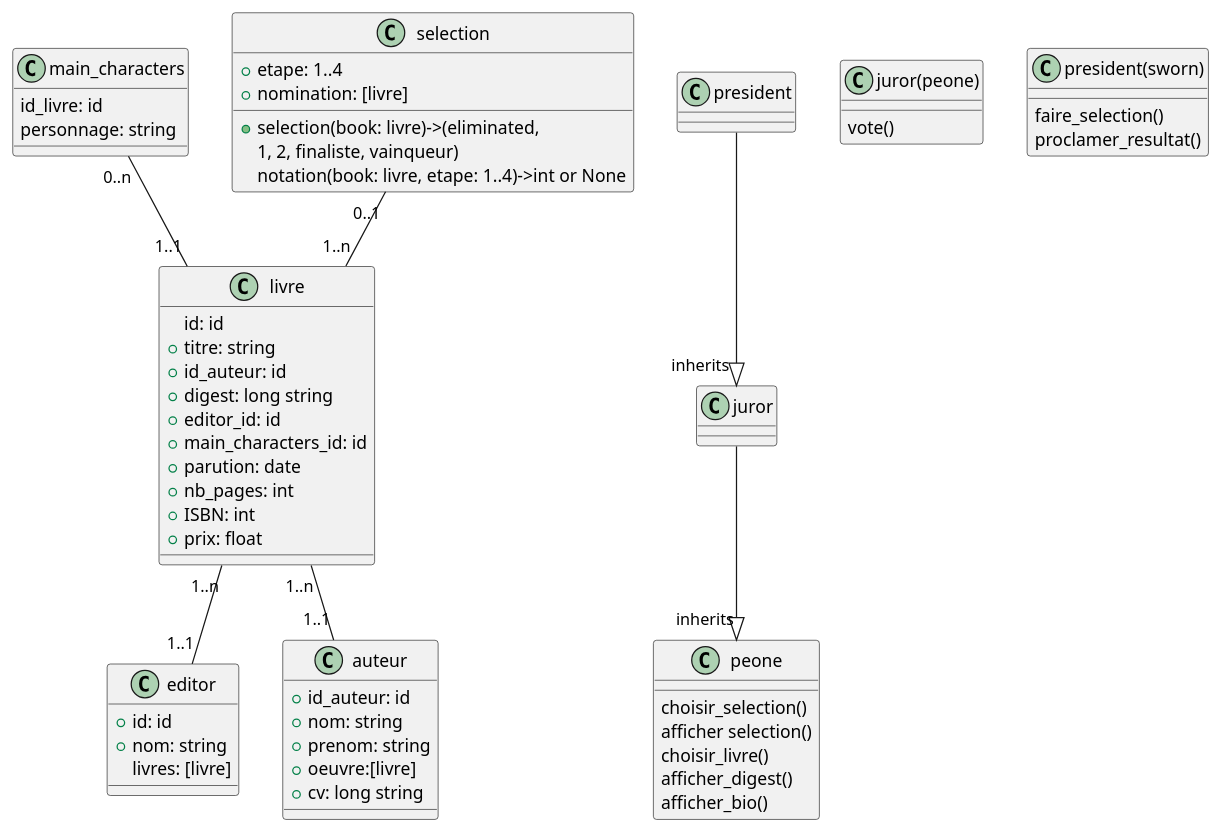
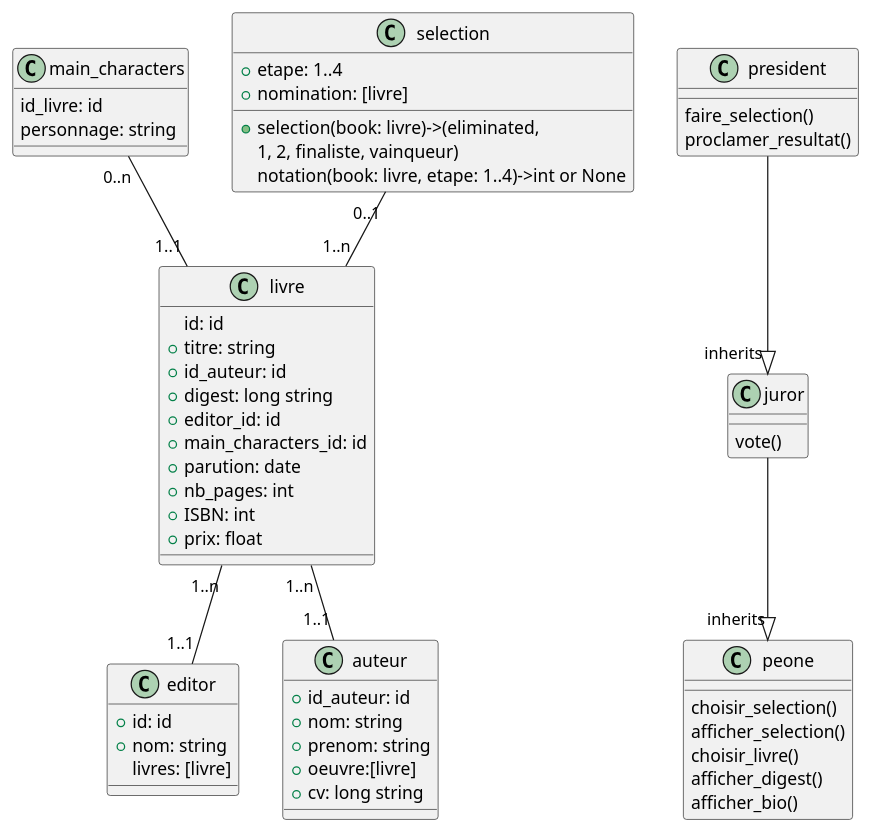
The diagram in GoncourtClass.puml (ayl001/goncourt.online), drawn with PlantUML before and after one commit. The commit also changed 3 other files, not shown here.

```diff
--- a/GoncourtClass.puml
+++ b/GoncourtClass.puml
@@ -1,59 +1,59 @@
 @startuml
 'https://plantuml.com/class-diagram
 class livre{
 id: id
 +titre: string
 +id_auteur: id
 +digest: long string
 +editor_id: id
 +main_characters_id: id
 +parution: date
 +nb_pages: int
 +ISBN: int
 +prix: float
 }
 class main_characters {
 id_livre: id
 personnage: string
 }
 class editor {
 +id: id
 +nom: string
 livres: [livre]
 }
 class auteur{
 +id_auteur: id
 +nom: string
 +prenom: string
 +oeuvre:[livre]
 +cv: long string
 }
 
 class selection{
 +etape: 1..4
 +nomination: [livre]
 + selection(book: livre)->(eliminated,
 1, 2, finaliste, vainqueur)
 notation(book: livre, etape: 1..4)->int or None
 }
 class peone{
     choisir_selection()
-    afficher selection()
+    afficher_selection()
     choisir_livre()
     afficher_digest()
     afficher_bio()
  }
- class juror(peone){
+ class juror{
     vote()
  }
- class president(sworn){
+ class president{
     faire_selection()
     proclamer_resultat()
  }
 livre"1..n"--"1..1"editor
 livre"1..n"--"1..1"auteur
 selection"0..1"--"1..n"livre
 main_characters"0..n"--"1..1"livre
 president--|>"inherits"juror
 juror--|>"inherits"peone
 @enduml
```
